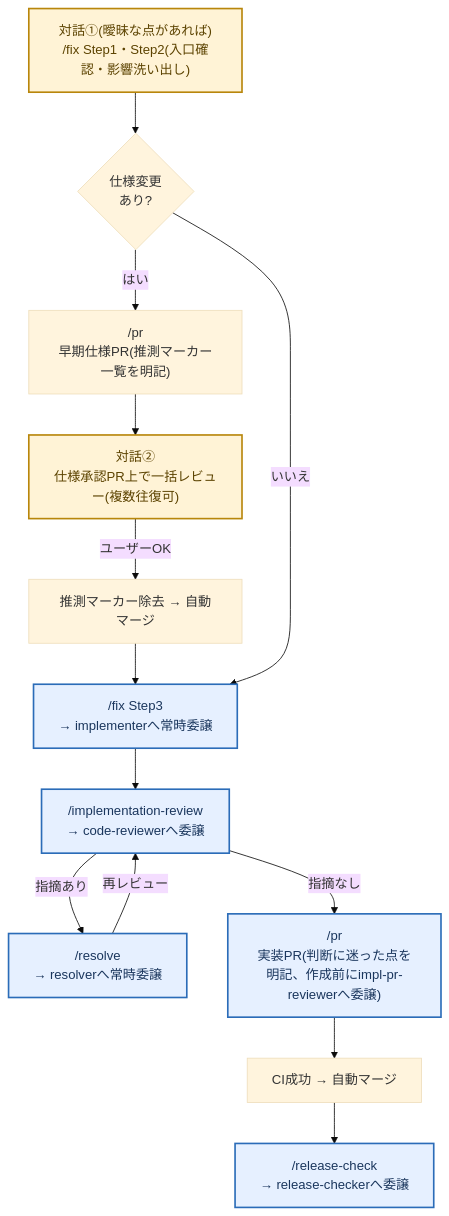
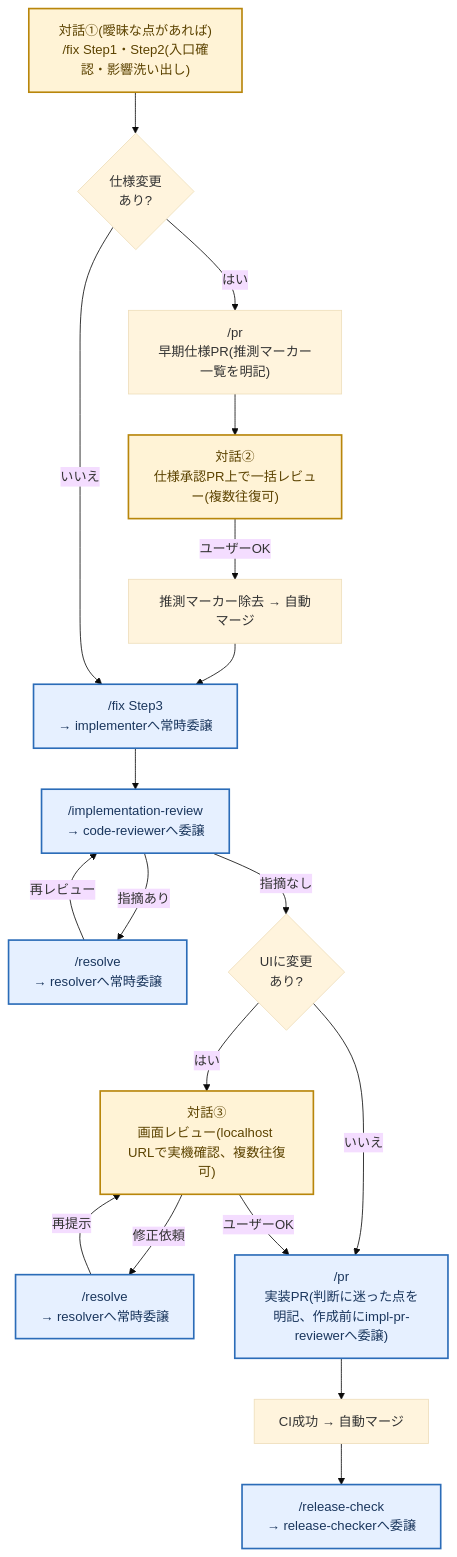
Before and after one commit to zakiyama0108/benriyatool: the second of 4 diagrams in .claude/skills/README.md, drawn with Mermaid (base theme). The commit also changed other lines of this file and 4 other files, not shown here.

````diff
--- a/.claude/skills/README.md
+++ b/.claude/skills/README.md
@@ -91,28 +100,37 @@
 ```mermaid
 flowchart TD
     dialog1b["対話①(曖昧な点があれば)<br>/fix Step1・Step2(入口確認・影響洗い出し)"]
     branch_b{"仕様変更<br>あり?"}
     prspec_b["/pr<br>早期仕様PR(推測マーカー一覧を明記)"]
     dialog2b["対話②<br>仕様承認PR上で一括レビュー(複数往復可)"]
     automerge1b["推測マーカー除去 → 自動マージ"]
     tdd_b["/fix Step3<br>→ implementerへ常時委譲"]
     implreview_b["/implementation-review<br>→ code-reviewerへ委譲"]
     resolve_b["/resolve<br>→ resolverへ常時委譲"]
+    ui_branch_b{"UIに変更<br>あり?"}
+    dialog3b["対話③<br>画面レビュー(localhost URLで実機確認、複数往復可)"]
+    resolve_b2["/resolve<br>→ resolverへ常時委譲"]
     primpl_b["/pr<br>実装PR(判断に迷った点を明記、作成前にimpl-pr-reviewerへ委譲)"]
     automerge2b["CI成功 → 自動マージ"]
     release_b["/release-check<br>→ release-checkerへ委譲"]
 
     dialog1b --> branch_b
     branch_b -->|はい| prspec_b --> dialog2b
     dialog2b -->|ユーザーOK| automerge1b --> tdd_b
     branch_b -->|いいえ| tdd_b
     tdd_b --> implreview_b
     implreview_b -->|指摘あり| resolve_b
     resolve_b -->|再レビュー| implreview_b
-    implreview_b -->|指摘なし| primpl_b --> automerge2b --> release_b
+    implreview_b -->|指摘なし| ui_branch_b
+    ui_branch_b -->|いいえ| primpl_b
+    ui_branch_b -->|はい| dialog3b
+    dialog3b -->|修正依頼| resolve_b2
+    resolve_b2 -->|再提示| dialog3b
+    dialog3b -->|ユーザーOK| primpl_b
+    primpl_b --> automerge2b --> release_b
 
     classDef dialogue fill:#fff3d6,stroke:#b8860b,stroke-width:2px,color:#5c4300;
     classDef agent fill:#e6f0ff,stroke:#2b6cb8,stroke-width:2px,color:#1a365d;
-    class dialog1b,dialog2b dialogue;
-    class tdd_b,implreview_b,resolve_b,primpl_b,release_b agent;
+    class dialog1b,dialog2b,dialog3b dialogue;
+    class tdd_b,implreview_b,resolve_b,resolve_b2,primpl_b,release_b agent;
 ```
````
